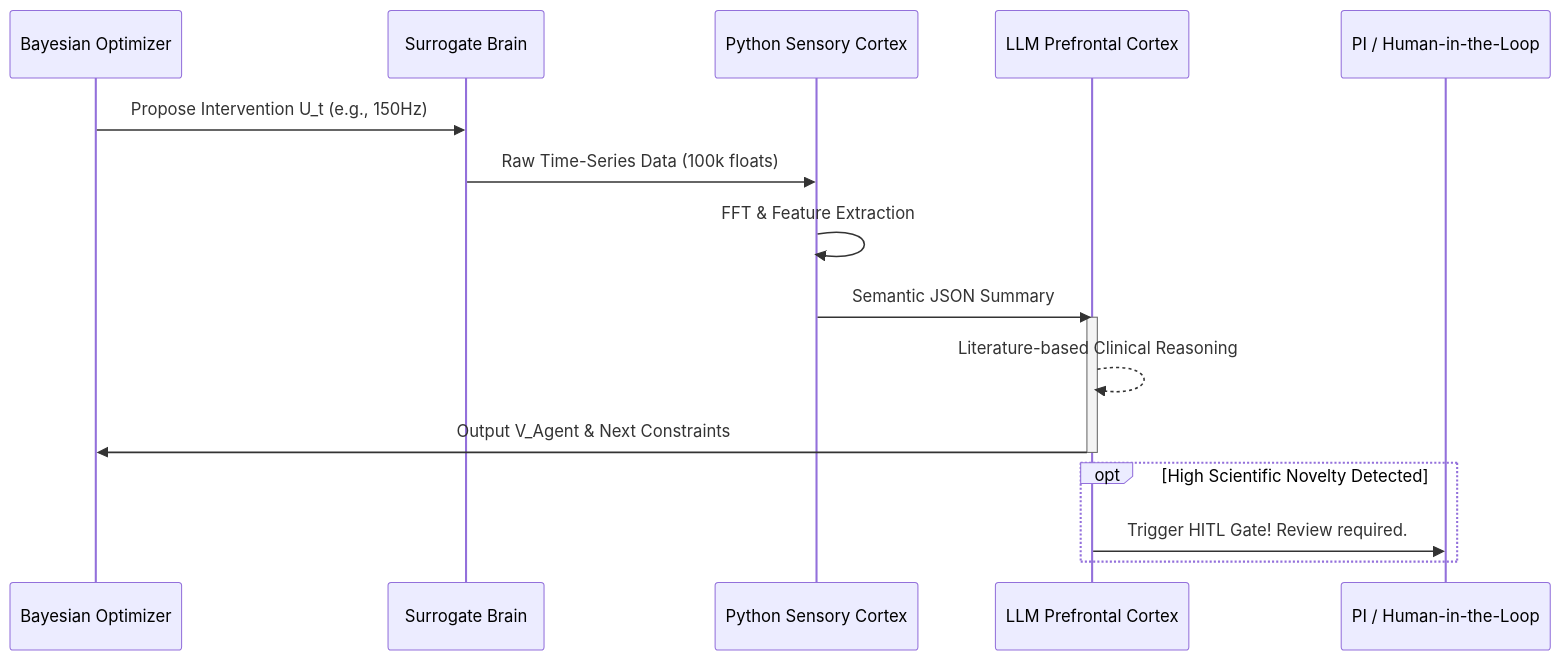
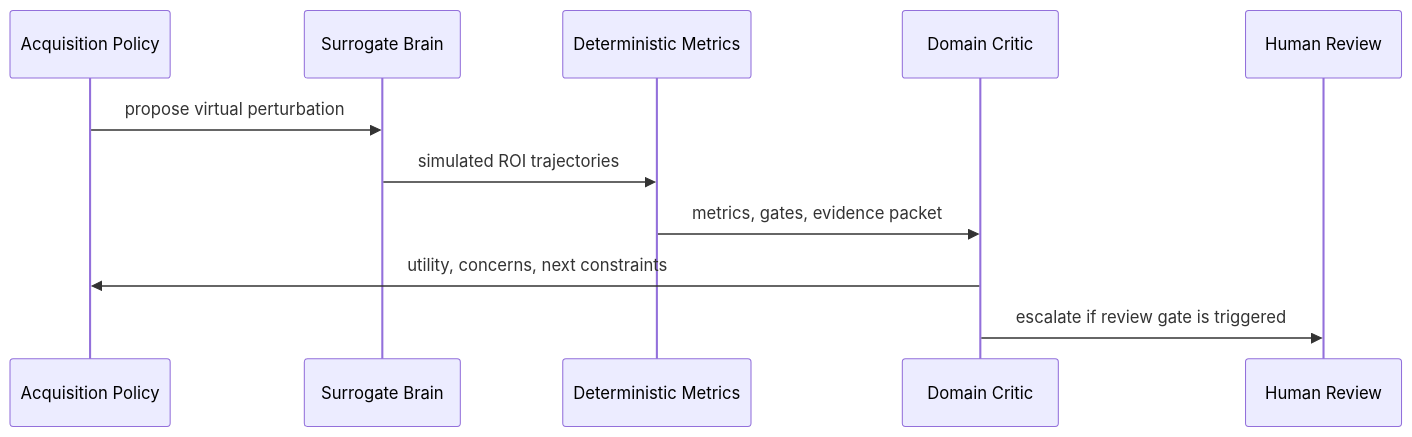
The diagram in docs/architecture/03_agent_workflow.md (Raphael-Camus/NeuroTwin), drawn with Mermaid before and after one commit. The commit also changed other lines of this file and 52 other files, not shown here.

````diff
--- a/docs/architecture/03_agent_workflow.md
+++ b/docs/architecture/03_agent_workflow.md
@@ -43,22 +32,14 @@
 ```mermaid
 sequenceDiagram
-    participant BO as Bayesian Optimizer
+    participant Policy as Acquisition Policy
     participant Surrogate as Surrogate Brain
-    participant Python as Python Sensory Cortex
-    participant LLM as LLM Prefrontal Cortex
-    participant Human as PI / Human-in-the-Loop
+    participant Python as Deterministic Metrics
+    participant Critic as Domain Critic
+    participant Human as Human Review
 
-    BO->>Surrogate: Propose Intervention U_t (e.g., 150Hz)
-    Surrogate->>Python: Raw Time-Series Data (100k floats)
-    Python->>Python: FFT & Feature Extraction
-    Python->>LLM: Semantic JSON Summary
-
-    activate LLM
-    LLM-->>LLM: Literature-based Clinical Reasoning
-    LLM->>BO: Output V_Agent & Next Constraints
-    deactivate LLM
-
-    opt High Scientific Novelty Detected
-        LLM->>Human: Trigger HITL Gate! Review required.
-    end
+    Policy->>Surrogate: propose virtual perturbation
+    Surrogate->>Python: simulated ROI trajectories
+    Python->>Critic: metrics, gates, evidence packet
+    Critic->>Policy: utility, concerns, next constraints
+    Critic->>Human: escalate if review gate is triggered
 ```
````
